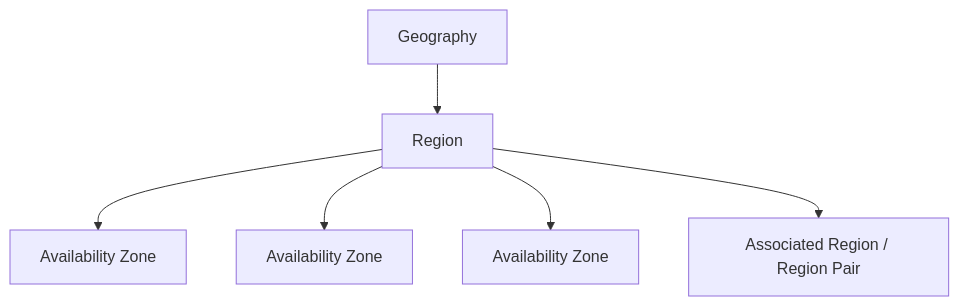
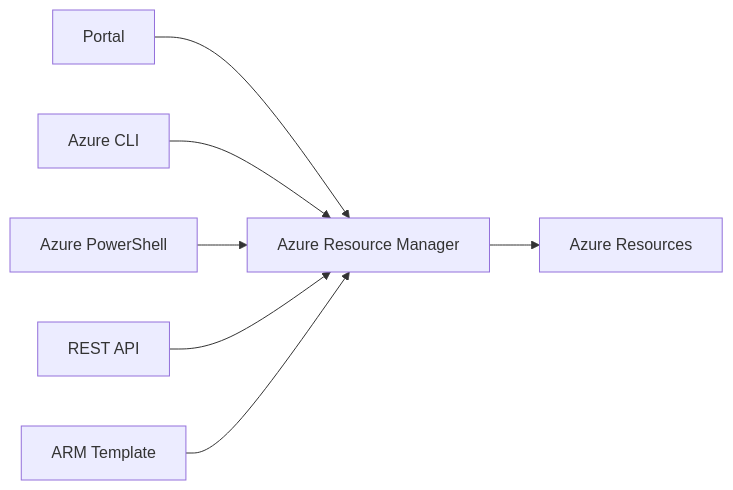
The fourth of 14 diagrams in exam/concept-map/concept-map.md (zhyordanova/azure-fundamentals-handbook), drawn with Mermaid before and after one commit. The commit also changed other lines of this file and 1 other file, not shown here.

````diff
--- a/exam/concept-map/concept-map.md
+++ b/exam/concept-map/concept-map.md
@@ -73,11 +96,9 @@
 ```mermaid
-flowchart TD
-
-    GEO["Geography"] --> REG["Region"]
-
-    REG --> AZ1["Availability Zone"]
-    REG --> AZ2["Availability Zone"]
-    REG --> AZ3["Availability Zone"]
-
-    REG --> RP["Associated Region / Region Pair"]
+flowchart LR
+    P["Portal"] --> ARM["Azure Resource Manager"]
+    CLI["Azure CLI"] --> ARM
+    PS["Azure PowerShell"] --> ARM
+    API["REST API"] --> ARM
+    TEMPLATE["ARM Template"] --> ARM
+    ARM --> RES["Azure Resources"]
 ```
````
